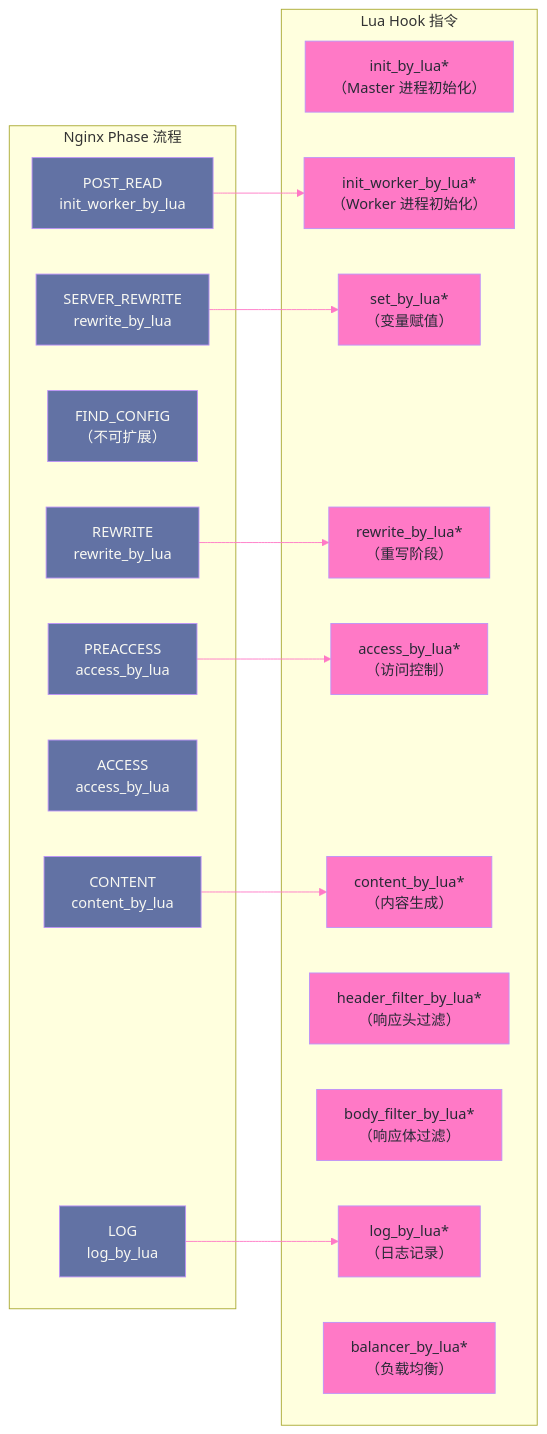
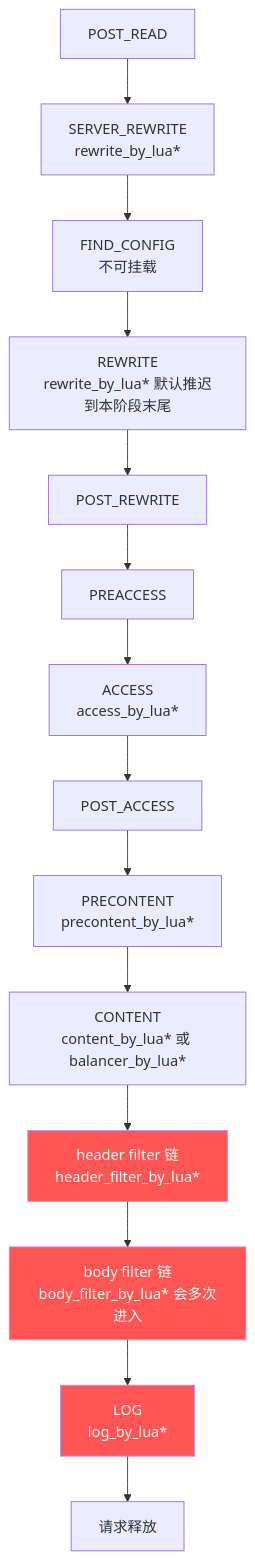
Before and after one commit to hpliStartAgain/my-brain: the fourth of 5 diagrams in content/中间件/Nginx/Nginx深度解析专栏/12 OpenResty 架构：LuaJIT、cosocket 与协程调度.md, drawn with Mermaid. The commit also changed other lines of this file and 455 other files, not shown here.

````diff
--- a/content/中间件/Nginx/Nginx深度解析专栏/12 OpenResty 架构：LuaJIT、cosocket 与协程调度.md
+++ b/content/中间件/Nginx/Nginx深度解析专栏/12 OpenResty 架构：LuaJIT、cosocket 与协程调度.md
@@ -180,39 +444,19 @@
 ```mermaid
-%%{init: {"theme": "dracula", "themeVariables": {"primaryColor": "#6272a4", "primaryTextColor": "#f8f8f2", "lineColor": "#ff79c6"}}}%%
-graph LR
-    subgraph PHASES["Nginx Phase 流程"]
-        P1["POST_READ</br>init_worker_by_lua"]
-        P2["SERVER_REWRITE</br>rewrite_by_lua"]
-        P3["FIND_CONFIG</br>（不可扩展）"]
-        P4["REWRITE</br>rewrite_by_lua"]
-        P6["PREACCESS</br>access_by_lua"]
-        P7["ACCESS</br>access_by_lua"]
-        P10["CONTENT</br>content_by_lua"]
-        P11["LOG</br>log_by_lua"]
-    end
-
-    subgraph LUA["Lua Hook 指令"]
-        H1["init_by_lua*</br>（Master 进程初始化）"]
-        H2["init_worker_by_lua*</br>（Worker 进程初始化）"]
-        H3["set_by_lua*</br>（变量赋值）"]
-        H4["rewrite_by_lua*</br>（重写阶段）"]
-        H5["access_by_lua*</br>（访问控制）"]
-        H6["content_by_lua*</br>（内容生成）"]
-        H7["header_filter_by_lua*</br>（响应头过滤）"]
-        H8["body_filter_by_lua*</br>（响应体过滤）"]
-        H9["log_by_lua*</br>（日志记录）"]
-        H10["balancer_by_lua*</br>（负载均衡）"]
-    end
-
-    P1 --> H2
-    P2 --> H3
-    P4 --> H4
-    P6 --> H5
-    P10 --> H6
-    P11 --> H9
-
-    classDef phase fill:#6272a4,stroke:#bd93f9,color:#f8f8f2
-    classDef hook fill:#ff79c6,stroke:#bd93f9,color:#282a36
-    class P1,P2,P3,P4,P6,P7,P10,P11 phase
-    class H1,H2,H3,H4,H5,H6,H7,H8,H9,H10 hook
+%%{init: {'theme': 'dracula'}}%%
+flowchart TD
+    P1["POST_READ"] --> P2["SERVER_REWRITE<br/>rewrite_by_lua*"]
+    P2 --> P3["FIND_CONFIG<br/>不可挂载"]
+    P3 --> P4["REWRITE<br/>rewrite_by_lua* 默认推迟到本阶段末尾"]
+    P4 --> P5["POST_REWRITE"]
+    P5 --> P6["PREACCESS"]
+    P6 --> P7["ACCESS<br/>access_by_lua*"]
+    P7 --> P8["POST_ACCESS"]
+    P8 --> P9["PRECONTENT<br/>precontent_by_lua*"]
+    P9 --> P10["CONTENT<br/>content_by_lua* 或 balancer_by_lua*"]
+    P10 --> HF["header filter 链<br/>header_filter_by_lua*"]
+    HF --> BF["body filter 链<br/>body_filter_by_lua* 会多次进入"]
+    BF --> P11["LOG<br/>log_by_lua*"]
+    P11 --> DONE["请求释放"]
+    classDef noyield fill:#ff5555,stroke:#bd93f9,color:#f8f8f2
+    class HF,BF,P11 noyield
 ```
````
